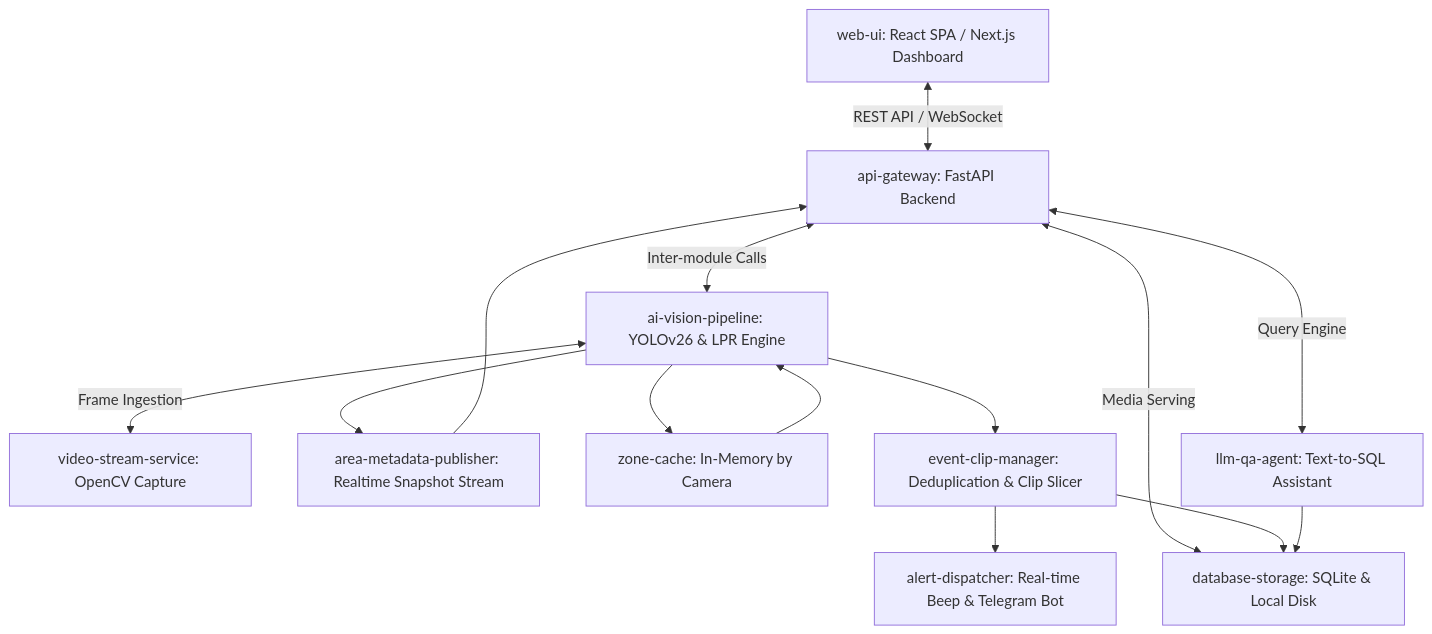
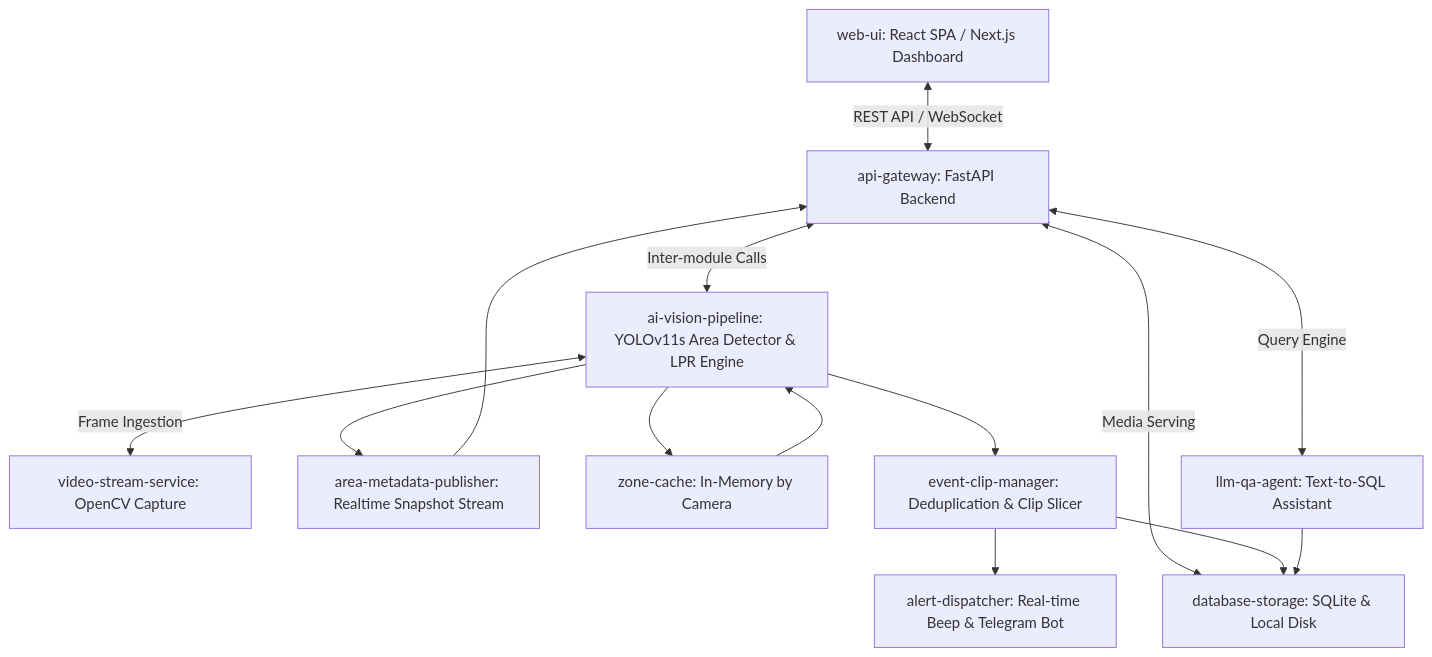
The first of 2 diagrams in .delivery/ARCHITECTURE.md (thanhbinh1801/VisionEdge-AI), drawn with Mermaid before and after one commit. The commit also changed other lines of this file and 44 other files, not shown here.

Commit message:
fix(area-monitoring): correct detection-to-violation flow

````diff
--- a/.delivery/ARCHITECTURE.md
+++ b/.delivery/ARCHITECTURE.md
@@ -15,16 +15,16 @@
 ```mermaid
 graph TD
     UI[web-ui: React SPA / Next.js Dashboard] <-- REST API / WebSocket --> API[api-gateway: FastAPI Backend]
-    API <-- Inter-module Calls --> VIS[ai-vision-pipeline: YOLOv26 & LPR Engine]
+    API <-- Inter-module Calls --> VIS[ai-vision-pipeline: YOLOv11s Area Detector & LPR Engine]
     API <-- Media Serving --> STOR[database-storage: SQLite & Local Disk]
     VIS <-- Frame Ingestion --> STRM[video-stream-service: OpenCV Capture]
     VIS --> META[area-metadata-publisher: Realtime Snapshot Stream]
     VIS --> CACHE[zone-cache: In-Memory by Camera]
     VIS --> EVT[event-clip-manager: Deduplication & Clip Slicer]
     META --> API
     CACHE --> VIS
     EVT --> ALT[alert-dispatcher: Real-time Beep & Telegram Bot]
     EVT --> STOR
     API <-- Query Engine --> QA[llm-qa-agent: Text-to-SQL Assistant]
     QA --> STOR
 ```
````
